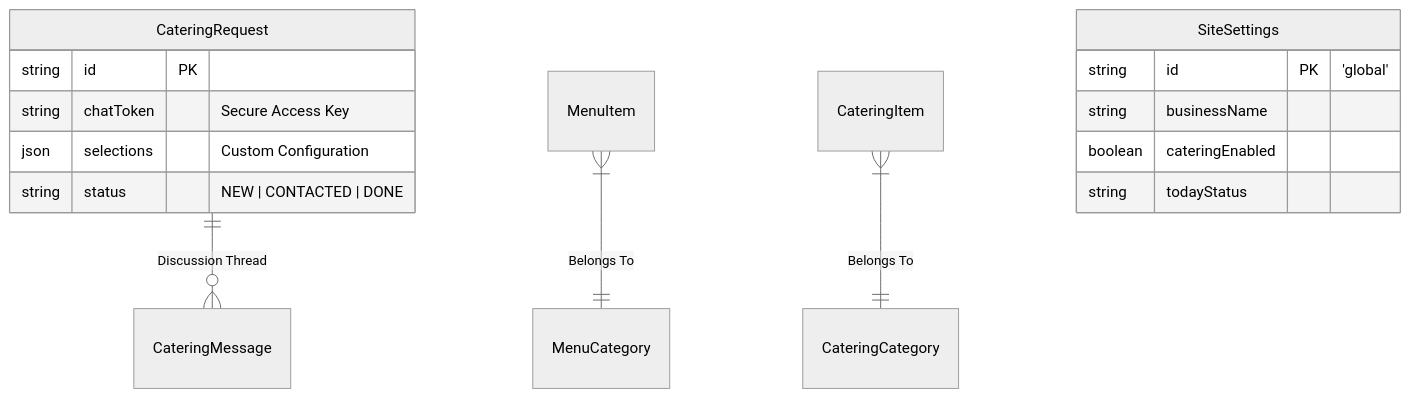
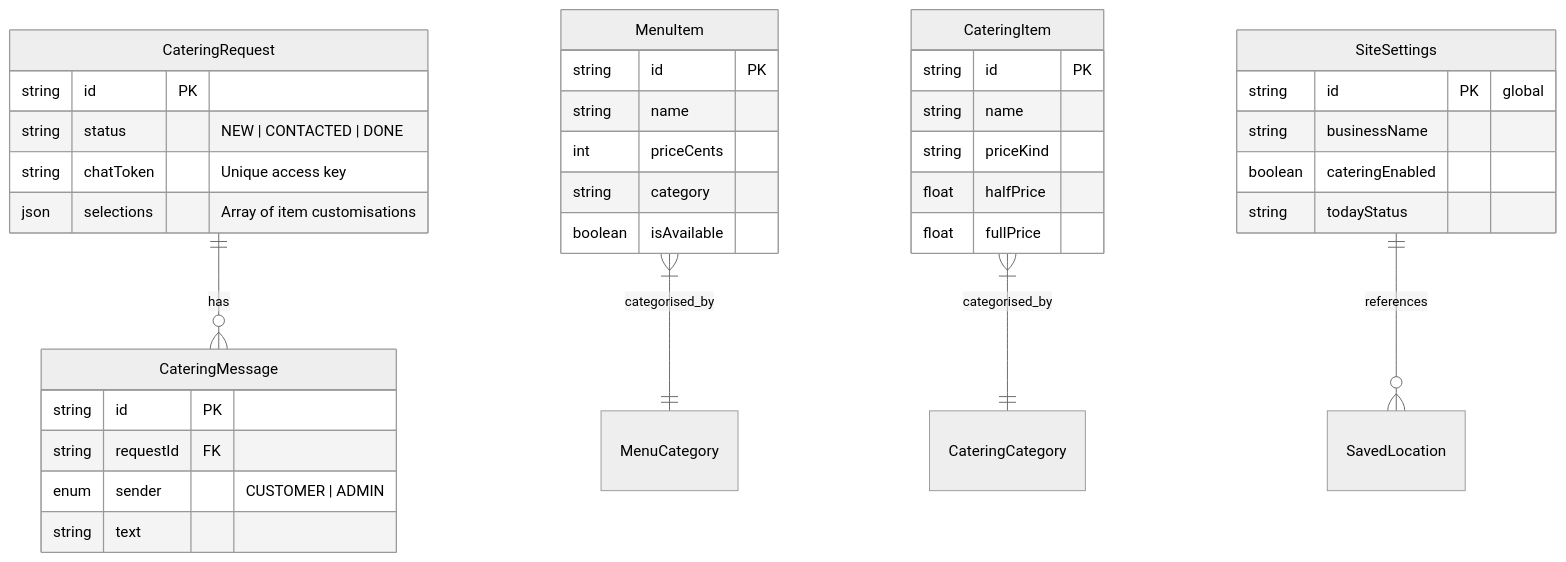
One commit to tejamahesh1433/indian-food-truck-site changed the second of 6 diagrams in docs/PORTFOLIO_REPORT.md. Above: the diagram before and after it, drawn with Mermaid (neutral theme). The commit also changed other lines of this file and 4 other files, not shown here.

Commit message:
docs: integrate all 6 professional technical diagrams (Architecture, ER, Use Case, Sequence, DFD, Component) using Mermaid.

````diff
--- a/docs/PORTFOLIO_REPORT.md
+++ b/docs/PORTFOLIO_REPORT.md
@@ -86,20 +91,44 @@
 ```mermaid
 erDiagram
-    CateringRequest ||--o{ CateringMessage : "Discussion Thread"
-    MenuItem }|--|| MenuCategory : "Belongs To"
-    CateringItem }|--|| CateringCategory : "Belongs To"
+    CateringRequest ||--o{ CateringMessage : "has"
+    MenuItem }|--|| MenuCategory : "categorised_by"
+    CateringItem }|--|| CateringCategory : "categorised_by"
+    SiteSettings ||--o{ SavedLocation : "references"
+
+    CateringRequest {
+        string id PK
+        string status "NEW | CONTACTED | DONE"
+        string chatToken "Unique access key"
+        json selections "Array of item customisations"
+    }
+
+    CateringMessage {
+        string id PK
+        string requestId FK
+        enum sender "CUSTOMER | ADMIN"
+        string text
+    }
+
+    MenuItem {
+        string id PK
+        string name
+        int priceCents
+        string category
+        boolean isAvailable
+    }
+
+    CateringItem {
+        string id PK
+        string name
+        string priceKind
+        float halfPrice
+        float fullPrice
+    }
 
     SiteSettings {
-        string id PK "'global'"
+        string id PK "global"
         string businessName
         boolean cateringEnabled
         string todayStatus
     }
-
-    CateringRequest {
-        string id PK
-        string chatToken "Secure Access Key"
-        json selections "Custom Configuration"
-        string status "NEW | CONTACTED | DONE"
-    }
 ```
````
